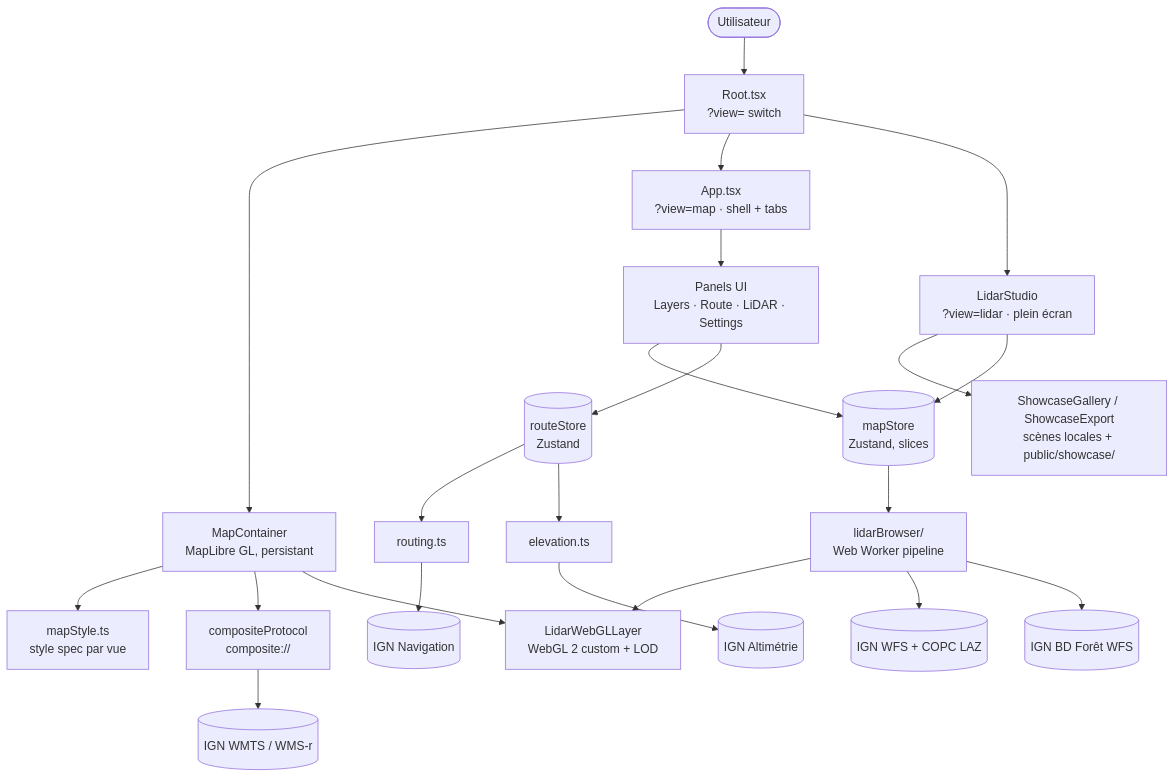
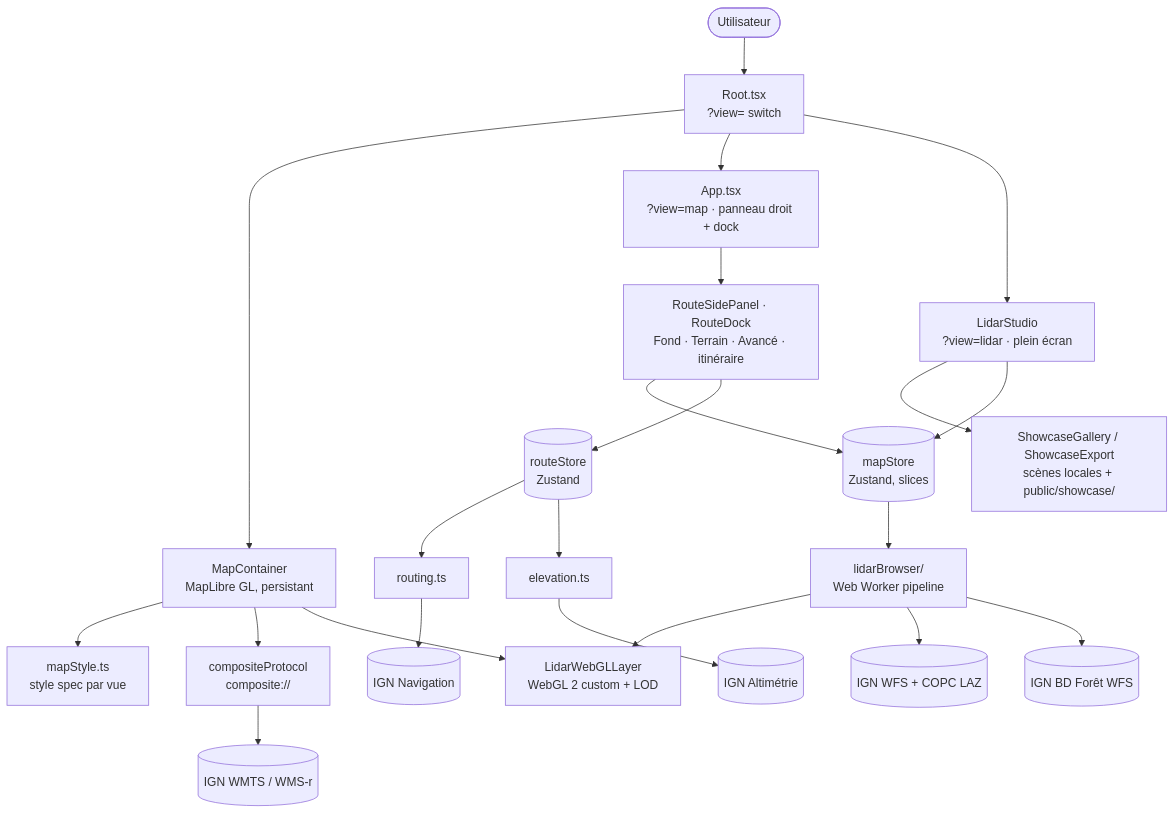
The diagram in README.md (Plonk42/open-cairn), drawn with Mermaid before and after one commit. The commit also changed other lines of this file and 10 other files, not shown here.

````diff
--- a/README.md
+++ b/README.md
@@ -126,30 +135,30 @@
 ```mermaid
 flowchart TB
     User([Utilisateur]) --> Root[Root.tsx<br/>?view= switch]
     Root --> MapC[MapContainer<br/>MapLibre GL, persistant]
-    Root --> App[App.tsx<br/>?view=map · shell + tabs]
+    Root --> App[App.tsx<br/>?view=map · panneau droit + dock]
     Root --> Studio[LidarStudio<br/>?view=lidar · plein écran]
 
-    App --> Panels[Panels UI<br/>Layers · Route · LiDAR · Settings]
+    App --> Panels[RouteSidePanel · RouteDock<br/>Fond · Terrain · Avancé · itinéraire]
     Studio --> Gallery[ShowcaseGallery / ShowcaseExport<br/>scènes locales + public/showcase/]
 
     MapC --> Style[mapStyle.ts<br/>style spec par vue]
     MapC --> Comp[compositeProtocol<br/>composite://]
     MapC --> Custom[LidarWebGLLayer<br/>WebGL 2 custom + LOD]
 
     Panels --> StoreM[(mapStore<br/>Zustand, slices)]
     Panels --> StoreR[(routeStore<br/>Zustand)]
     Studio --> StoreM
 
     StoreM --> Lidar[lidarBrowser/<br/>Web Worker pipeline]
     Lidar --> Custom
 
     StoreR --> Routing[routing.ts]
     StoreR --> Elev[elevation.ts]
 
     Comp --> IGN1[(IGN WMTS / WMS-r)]
     Routing --> IGN2[(IGN Navigation)]
     Elev --> IGN3[(IGN Altimétrie)]
     Lidar --> IGN4[(IGN WFS + COPC LAZ)]
     Lidar --> IGN5[(IGN BD Forêt WFS)]
 ```
````
